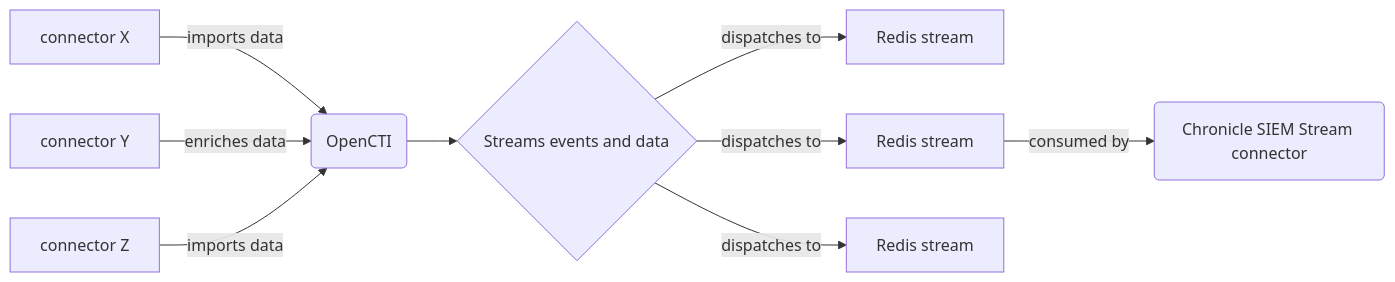
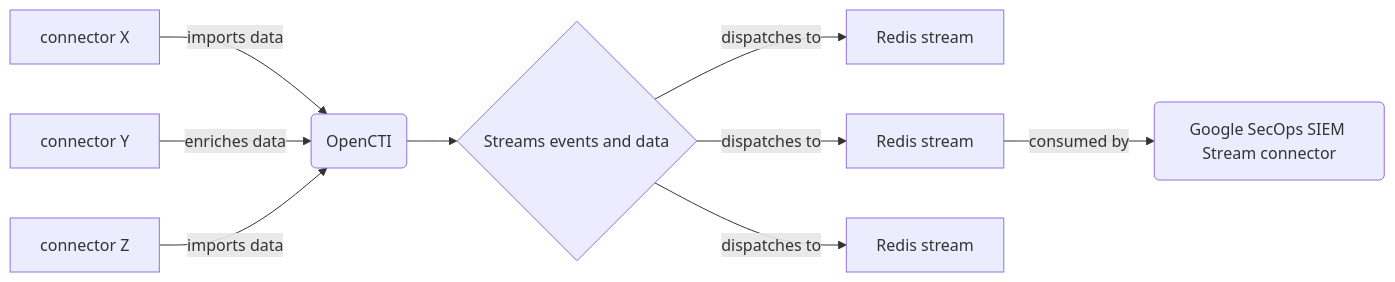
Before and after one commit to OpenCTI-Platform/connectors: the diagram in stream/chronicle-siem-udm/README.md, drawn with Mermaid. The commit also changed other lines of this file and 3 other files, not shown here.

````diff
--- a/stream/chronicle-siem-udm/README.md
+++ b/stream/chronicle-siem-udm/README.md
@@ -31,11 +30,11 @@
 ```mermaid
 flowchart LR
     A1[connector X] -->|imports data| B(OpenCTI)
     A2[connector Y] -->|enriches data| B(OpenCTI)
     A3[connector Z] -->|imports data| B(OpenCTI)
     B(OpenCTI) --> C{Streams events and data}
     C -->|dispatches to| D1[Redis stream]
     C -->|dispatches to| D2[Redis stream]
     C -->|dispatches to| D3[Redis stream]
-    D2 -->|consumed by| E(Chronicle SIEM Stream connector)
+    D2 -->|consumed by| E(Google SecOps SIEM Stream connector)
 ```
````
